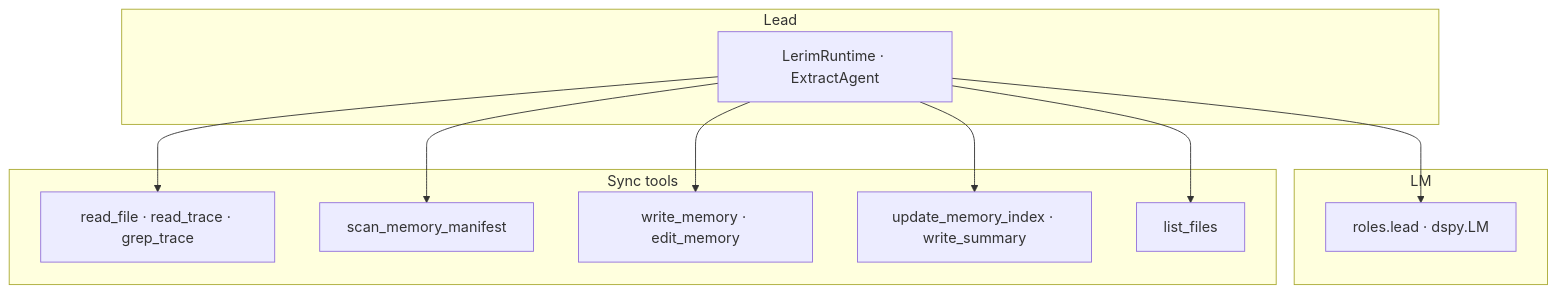
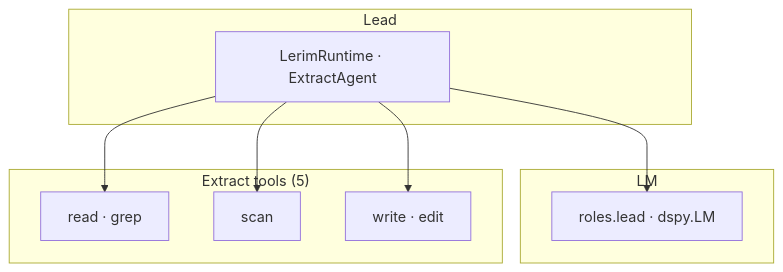
One commit to lerim-dev/lerim-cli changed the first of 2 diagrams in README.md. Above: the diagram before and after it, drawn with Mermaid. The commit also changed other lines of this file and 18 other files, not shown here.

````diff
--- a/README.md
+++ b/README.md
@@ -66,22 +66,18 @@
 ```mermaid
 flowchart TB
     subgraph lead["Lead"]
         RT[LerimRuntime · ExtractAgent]
     end
     subgraph lm["LM"]
         L[roles.lead · dspy.LM]
     end
-    subgraph syncTools["Sync tools"]
-        t1["read_file · read_trace · grep_trace"]
-        sm[scan_memory_manifest]
-        wm["write_memory · edit_memory"]
-        ui["update_memory_index · write_summary"]
-        lf[list_files]
+    subgraph syncTools["Extract tools (5)"]
+        t1["read · grep"]
+        sm[scan]
+        wm["write · edit"]
     end
     RT --> L
     RT --> t1
     RT --> sm
     RT --> wm
-    RT --> ui
-    RT --> lf
 ```
````
